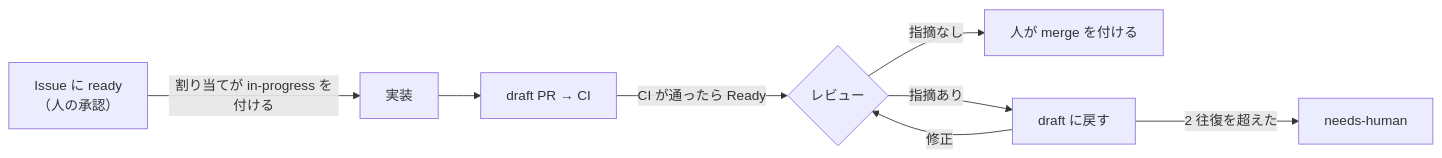
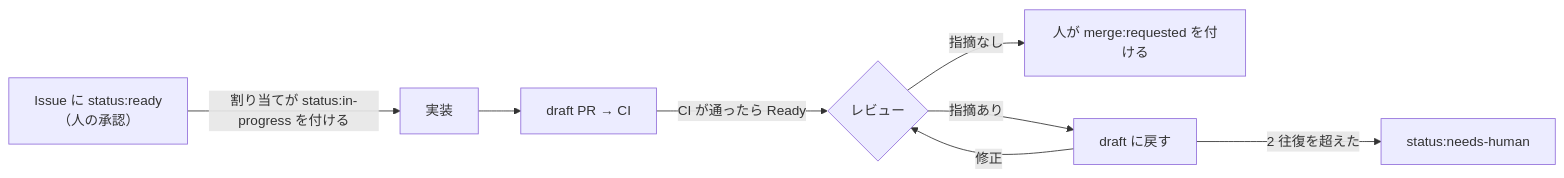
The diagram in .claude/routines/README.md (namu112358/poc-software-factory-20261112), drawn with Mermaid before and after one commit. The commit also changed other lines of this file and 16 other files, not shown here.

First line of the commit message:
ラベルの名前に、用途のグループ（status:・kind:・type:・merge:）を接頭に付ける (#323)

````diff
--- a/.claude/routines/README.md
+++ b/.claude/routines/README.md
@@ -7,10 +7,10 @@
 ```mermaid
 flowchart LR
-  I["Issue に ready<br/>（人の承認）"] -->|割り当てが in-progress を付ける| P["実装"]
+  I["Issue に status:ready<br/>（人の承認）"] -->|割り当てが status:in-progress を付ける| P["実装"]
   P --> D["draft PR → CI"]
   D -->|CI が通ったら Ready| R{"レビュー"}
-  R -- 指摘なし --> OK["人が merge を付ける"]
+  R -- 指摘なし --> OK["人が merge:requested を付ける"]
   R -- 指摘あり --> B["draft に戻す"]
   B -->|修正| R
-  B -->|2 往復を超えた| H["needs-human"]
+  B -->|2 往復を超えた| H["status:needs-human"]
 ```
````
